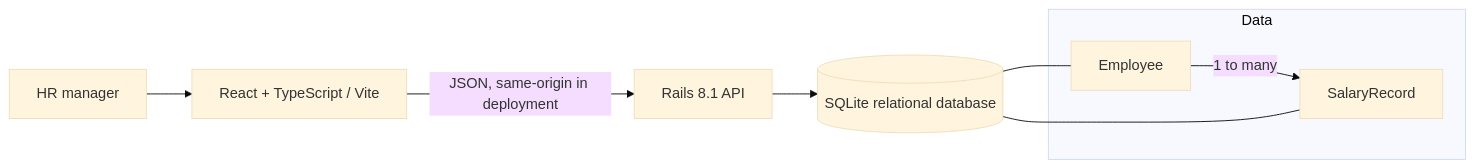
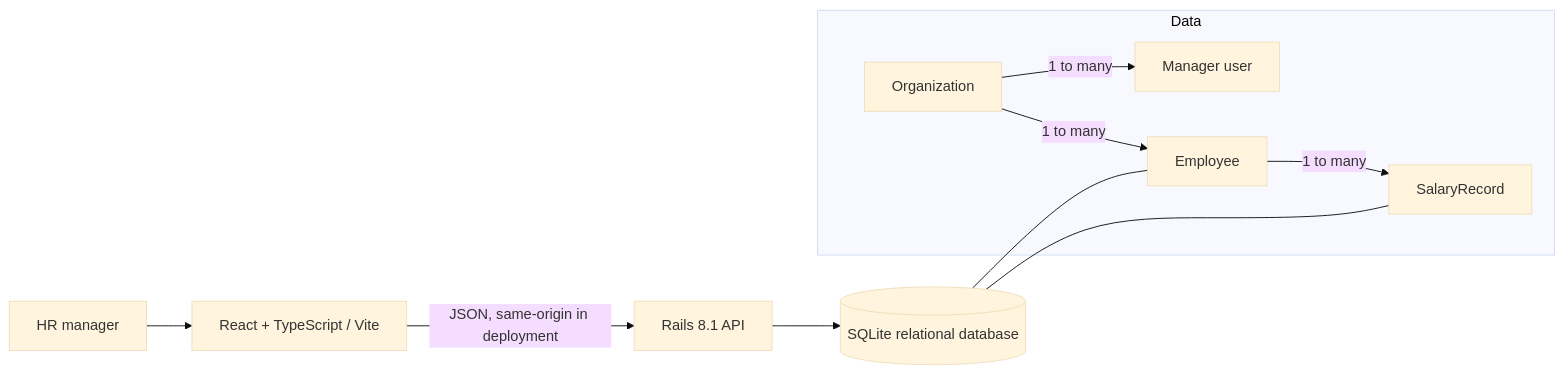
Before and after one commit to harikesh-kolekar/salary-management-assessment: the diagram in salary-management/docs/engineering-notes.md, drawn with Mermaid (base theme). The commit also changed other lines of this file and 33 other files, not shown here.

Commit message:
feat: add organization manager authentication

````diff
--- a/salary-management/docs/engineering-notes.md
+++ b/salary-management/docs/engineering-notes.md
@@ -5,13 +5,17 @@
 ```mermaid
 flowchart LR
   HR[HR manager] --> UI[React + TypeScript / Vite]
   UI -->|JSON, same-origin in deployment| API[Rails 8.1 API]
   API --> DB[(SQLite relational database)]
   subgraph Data
+    O[Organization]
+    U[Manager user]
     E[Employee]
     S[SalaryRecord]
+    O -->|1 to many| U
+    O -->|1 to many| E
     E -->|1 to many| S
   end
   DB --- E
   DB --- S
 ```
````
